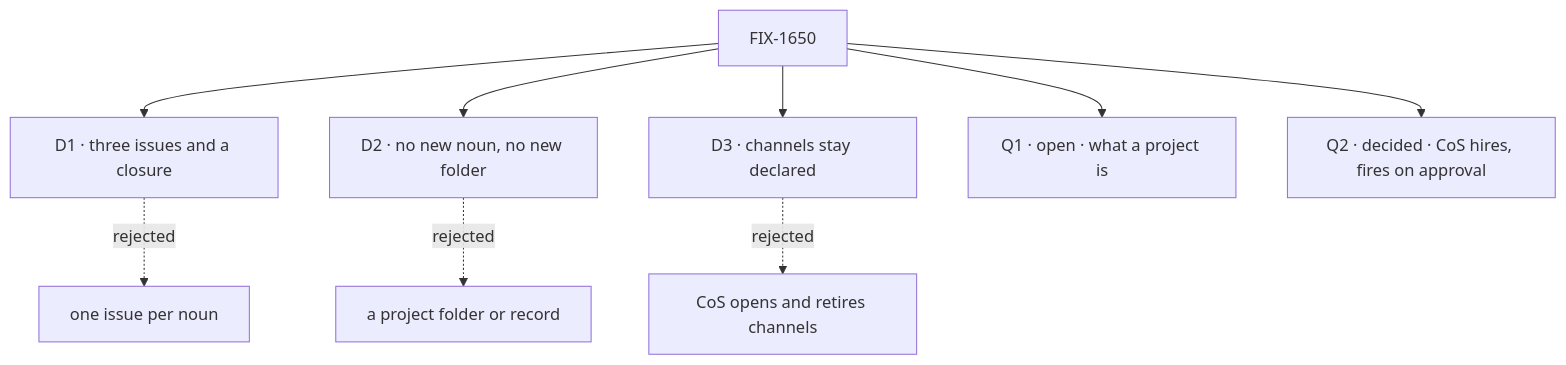
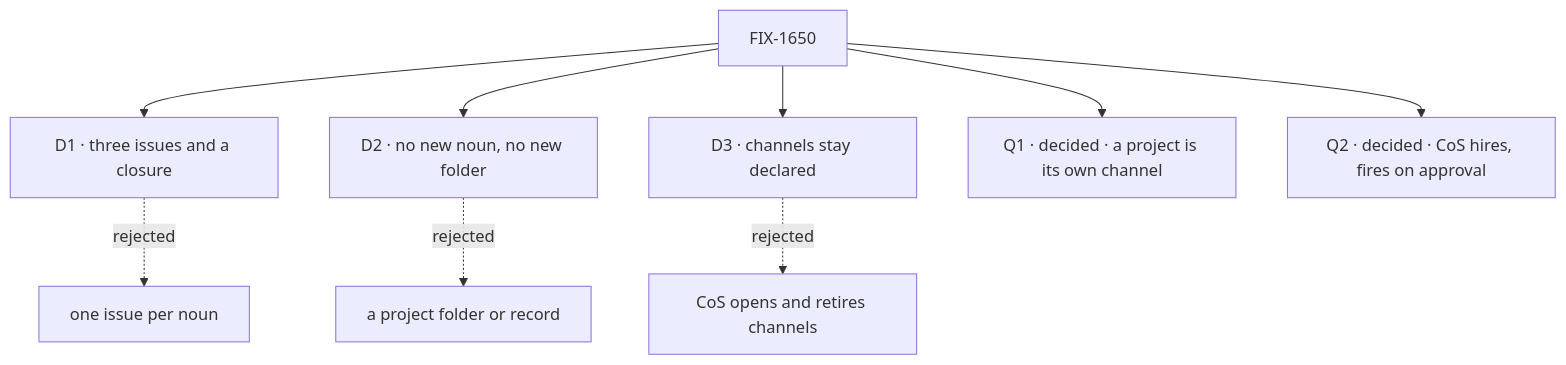
The diagram in specs/epics/FIX-1650/DECISIONS.md (fixpoint-labs/flow-state-dev), drawn with Mermaid before and after one commit. The commit also changed other lines of this file and 8 other files, not shown here.

First line of the commit message:
spec(epic): FIX-1650 amend — Q1 answered: a project is a channel (Jake)

````diff
--- a/specs/epics/FIX-1650/DECISIONS.md
+++ b/specs/epics/FIX-1650/DECISIONS.md
@@ -14,11 +14,11 @@
 ```mermaid
 flowchart TD
   E["FIX-1650"] --> D1["D1 · three issues and a closure"]
   D1 -.->|"rejected"| X1["one issue per noun"]
   E --> D2["D2 · no new noun, no new folder"]
   D2 -.->|"rejected"| X2["a project folder or record"]
   E --> D3["D3 · channels stay declared"]
   D3 -.->|"rejected"| X3["CoS opens and retires channels"]
-  E --> Q1["Q1 · open · what a project is"]
+  E --> Q1["Q1 · decided · a project is its own channel"]
   E --> Q2["Q2 · decided · CoS hires, fires on approval"]
 ```
````
